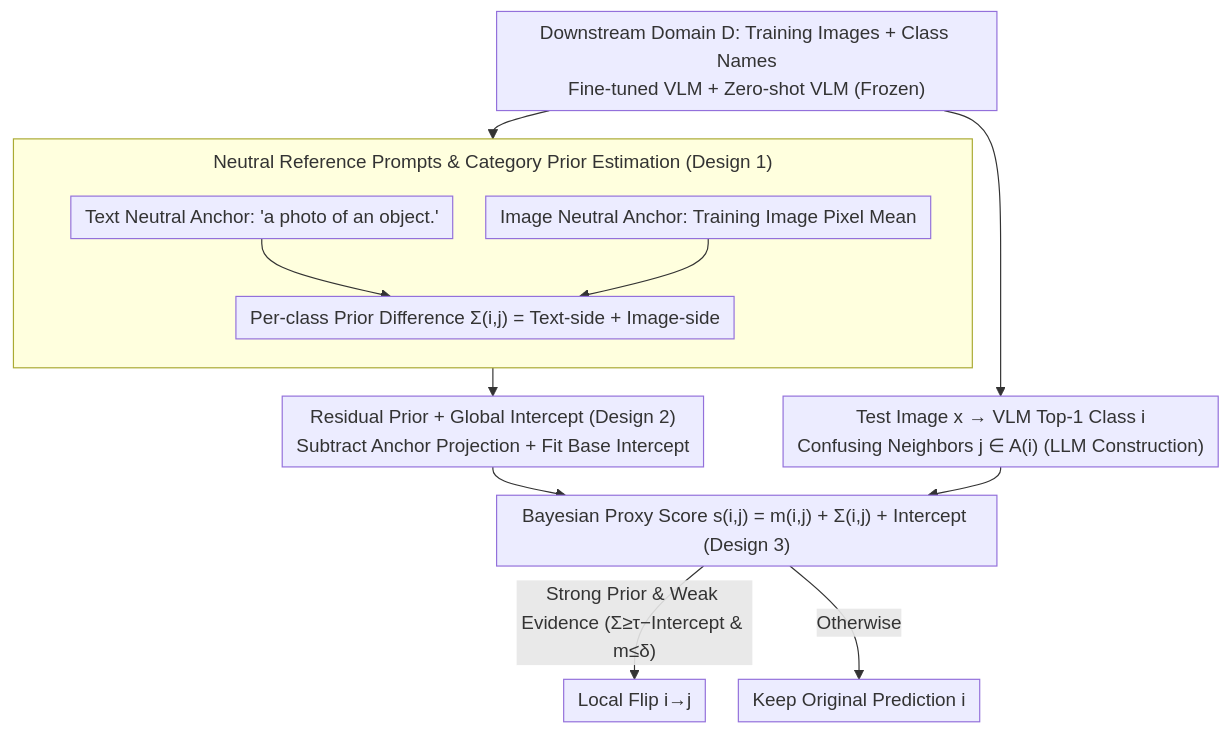
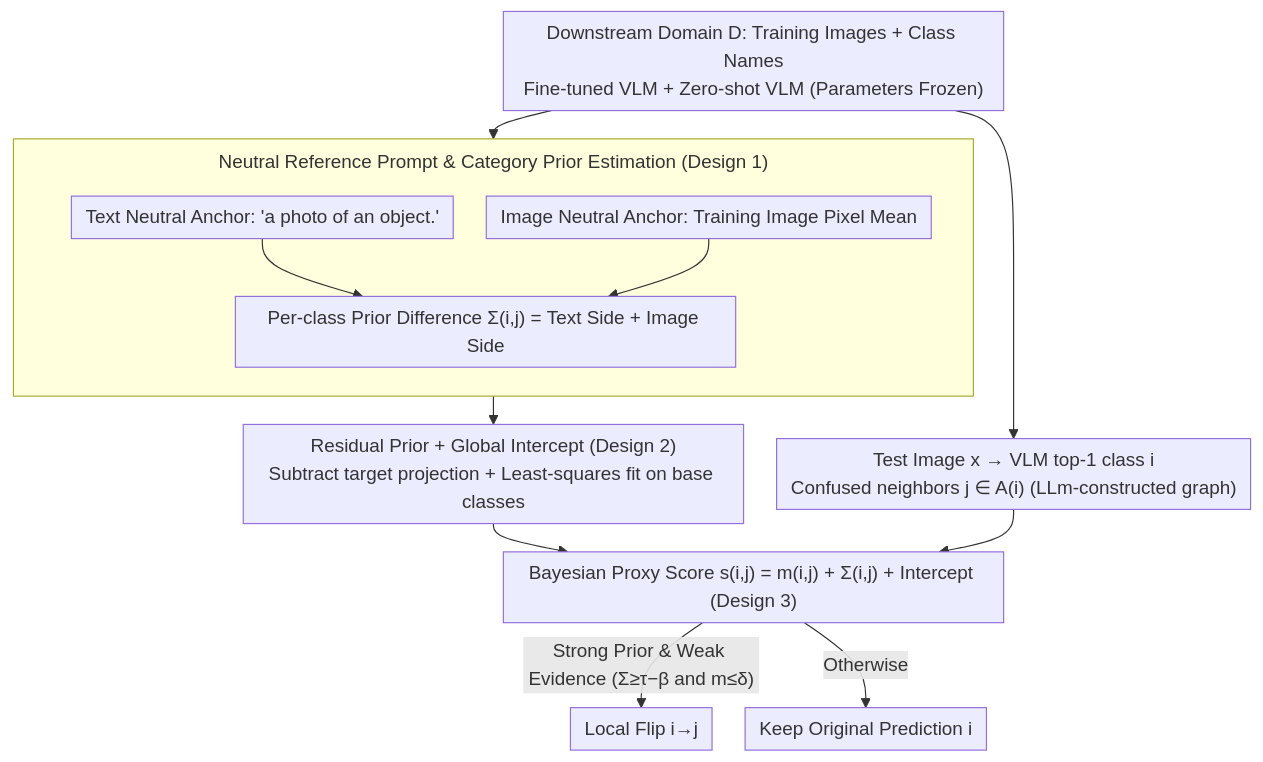
Before and after one commit to zhaoyang97/Paper-Notes-en: the diagram in docs/ICML2026/multimodal_vlm/neutral-reference_prompting_for_vision-language_models.md, drawn with Mermaid. The commit also changed other lines of this file and 5084 other files, not shown here.

````diff
--- a/docs/ICML2026/multimodal_vlm/neutral-reference_prompting_for_vision-language_models.md
+++ b/docs/ICML2026/multimodal_vlm/neutral-reference_prompting_for_vision-language_models.md
@@ -42,19 +42,19 @@
 ```mermaid
 %%{init: {'flowchart': {'rankSpacing': 24, 'nodeSpacing': 28, 'padding': 6, 'wrappingWidth': 400, 'subGraphTitleMargin': {'top': 8, 'bottom': 16}}}}%%
 flowchart TD
-    IN["Downstream Domain D: Training Images + Class Names<br/>Fine-tuned VLM + Zero-shot VLM (Frozen)"]
-    subgraph PRIOR["Neutral Reference Prompts & Category Prior Estimation (Design 1)"]
+    IN["Downstream Domain D: Training Images + Class Names<br/>Fine-tuned VLM + Zero-shot VLM (Parameters Frozen)"]
+    subgraph PRIOR["Neutral Reference Prompt & Category Prior Estimation (Design 1)"]
         direction TB
         T["Text Neutral Anchor: 'a photo of an object.'"]
         I["Image Neutral Anchor: Training Image Pixel Mean"]
-        T --> P["Per-class Prior Difference Σ(i,j) = Text-side + Image-side"]
+        T --> P["Per-class Prior Difference Σ(i,j) = Text Side + Image Side"]
         I --> P
     end
     IN --> PRIOR
-    PRIOR --> RES["Residual Prior + Global Intercept (Design 2)<br/>Subtract Anchor Projection + Fit Base Intercept"]
+    PRIOR --> RES["Residual Prior + Global Intercept (Design 2)<br/>Subtract target projection + Least-squares fit on base classes"]
     RES --> SCORE
-    IN --> TOP["Test Image x → VLM Top-1 Class i<br/>Confusing Neighbors j ∈ A(i) (LLM Construction)"]
+    IN --> TOP["Test Image x → VLM top-1 class i<br/>Confused neighbors j ∈ A(i) (LLm-constructed graph)"]
     TOP --> SCORE["Bayesian Proxy Score s(i,j) = m(i,j) + Σ(i,j) + Intercept (Design 3)"]
-    SCORE -->|"Strong Prior & Weak Evidence (Σ≥τ−Intercept & m≤δ)"| FLIP["Local Flip i→j"]
+    SCORE -->|"Strong Prior & Weak Evidence (Σ≥τ−β and m≤δ)"| FLIP["Local Flip i→j"]
     SCORE -->|Otherwise| KEEP["Keep Original Prediction i"]
 ```
````
